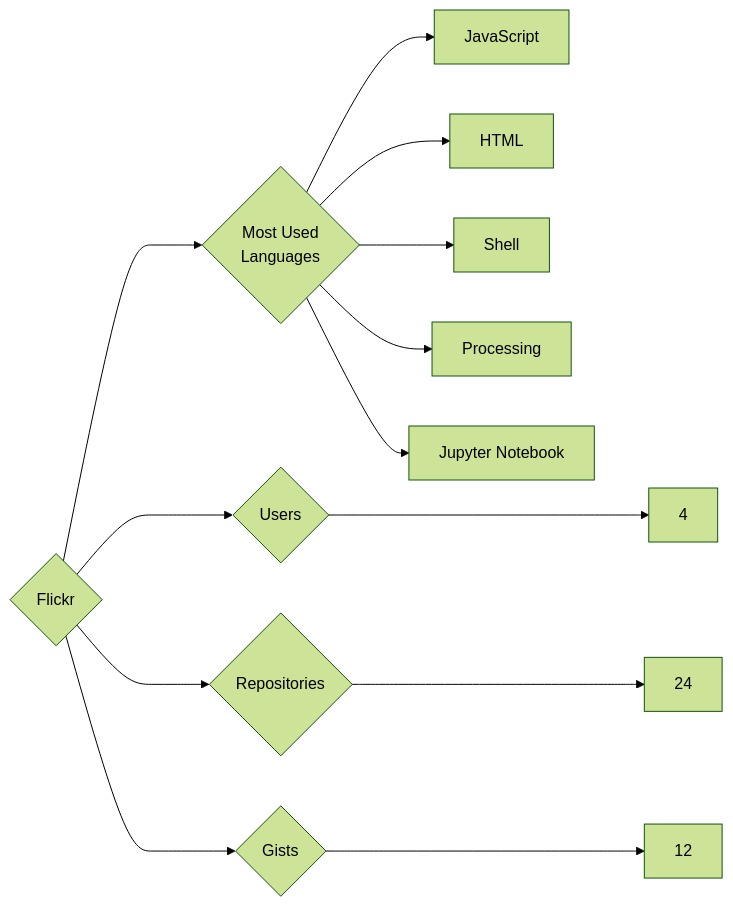
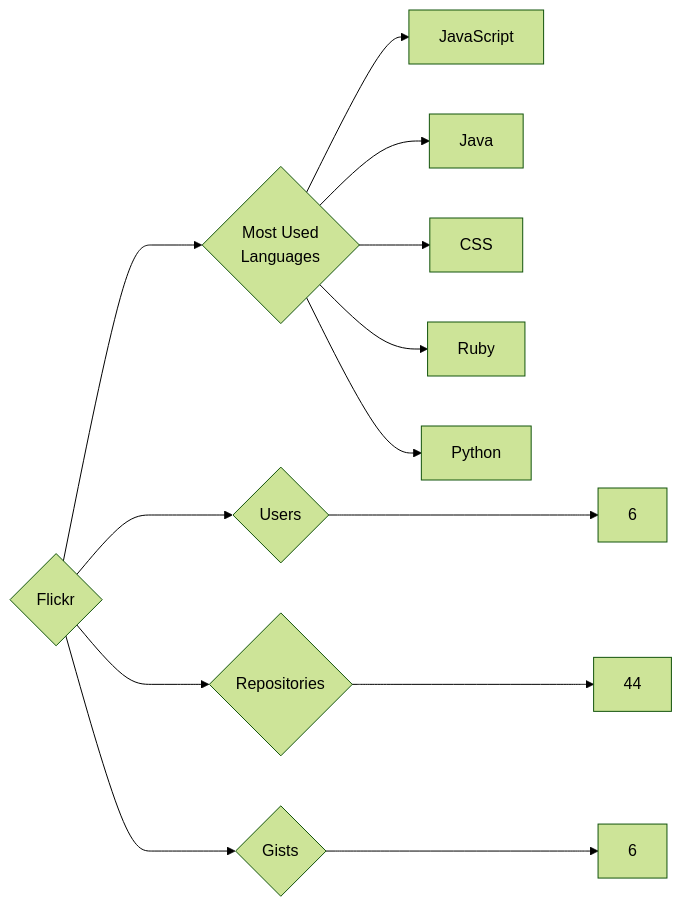
One commit to trickest/insiders changed the diagram in targets/Flickr/README.md. Above: the diagram before and after it, drawn with Mermaid (forest theme). The commit also changed 880 other files, not shown here.

````diff
--- a/targets/Flickr/README.md
+++ b/targets/Flickr/README.md
@@ -3,13 +3,13 @@
 ```mermaid
 graph LR
 COMPANY_NAME{Flickr}
-COMPANY_NAME ---> U{Users} ---> UN[4]
-COMPANY_NAME ---> R{Repositories} ---> RN[24]
-COMPANY_NAME ---> G{Gists} ---> GN[12]
+COMPANY_NAME ---> U{Users} ---> UN[6]
+COMPANY_NAME ---> R{Repositories} ---> RN[44]
+COMPANY_NAME ---> G{Gists} ---> GN[6]
 COMPANY_NAME ---> ML{Most Used<br>Languages}
 ML --> JavaScript[JavaScript]
-ML --> HTML[HTML]
-ML --> Shell[Shell]
-ML --> Processing[Processing]
-ML --> Jupyter_Notebook[Jupyter Notebook]
+ML --> Java[Java]
+ML --> CSS[CSS]
+ML --> Ruby[Ruby]
+ML --> Python[Python]
 ```
````
